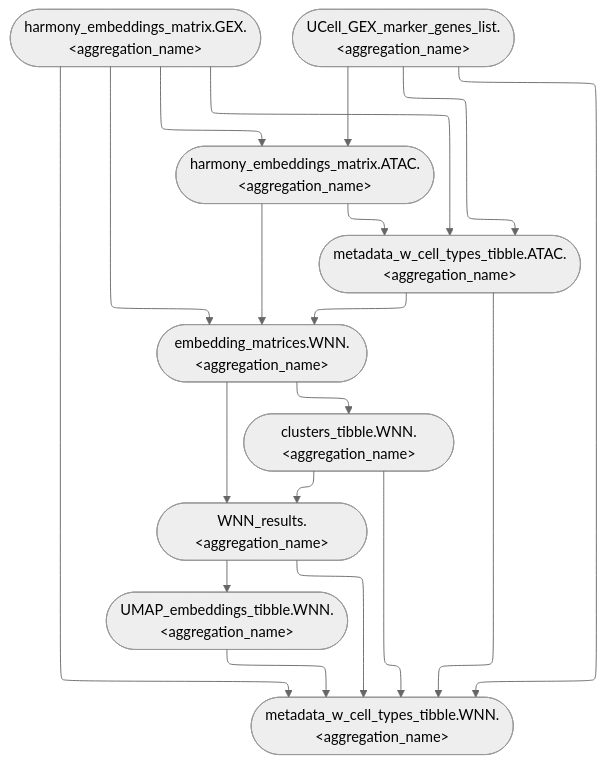
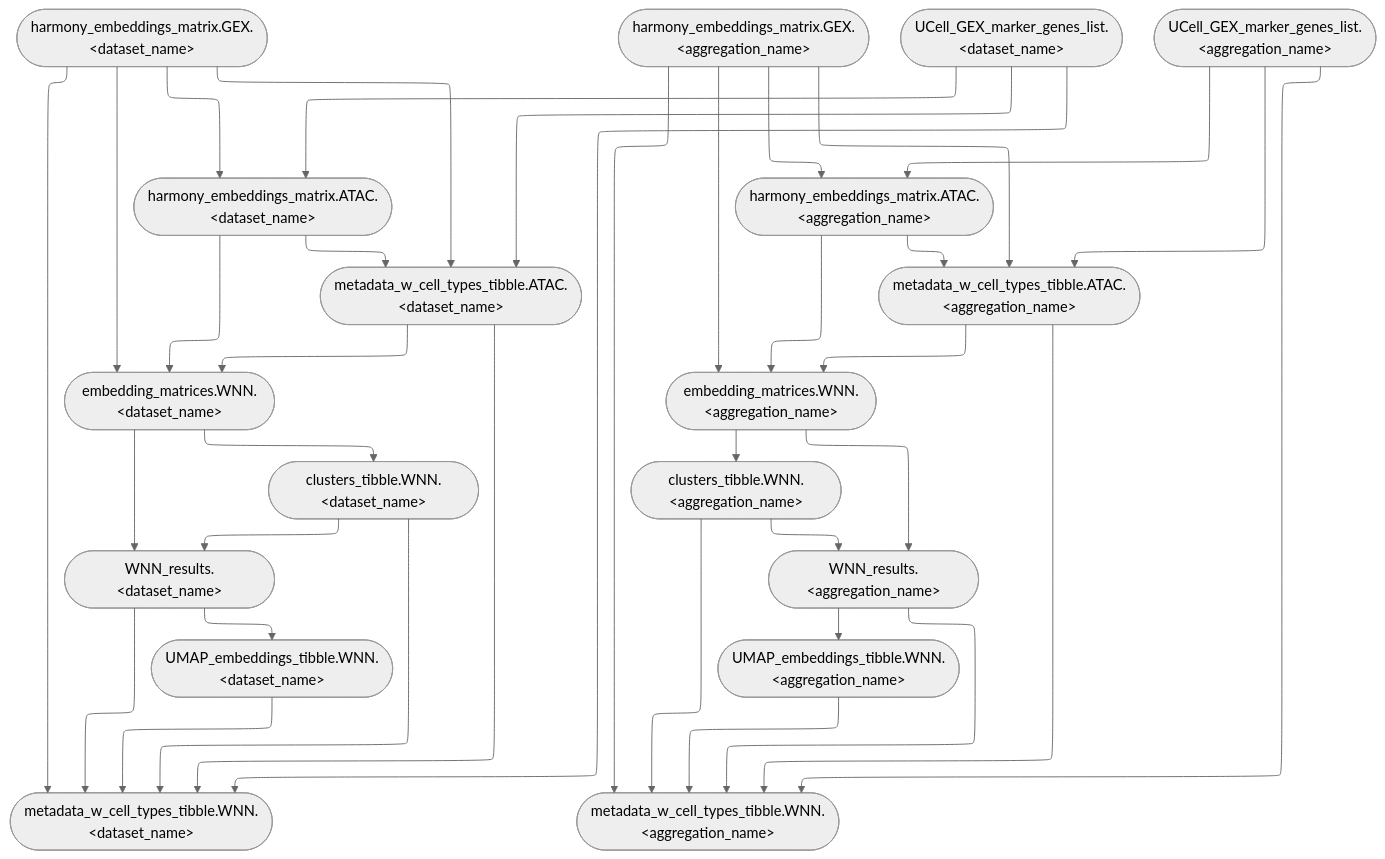
Before and after one commit to koefoeden/multiomeR: the diagram in website/figures/human_curated/WNN_v2.mmd, drawn with Mermaid (neutral theme). The commit also changed 32 other files, not shown here.

```diff
--- a/website/figures/human_curated/WNN_v2.mmd
+++ b/website/figures/human_curated/WNN_v2.mmd
@@ -1,20 +1,38 @@
 %%{init: {'flowchart': {'defaultRenderer': 'elk'}}}%%
 flowchart TB
-  metadata_w_cell_types_tibble.ATAC.brain_mouse(["metadata_w_cell_types_tibble.ATAC.&lt;aggregation_name&gt;"]):::none --> embedding_matrices.WNN.brain_mouse(["embedding_matrices.WNN.&lt;aggregation_name&gt;"]):::none
-  harmony_embeddings_matrix.GEX.brain_mouse(["harmony_embeddings_matrix.GEX.&lt;aggregation_name&gt;"]):::none --> embedding_matrices.WNN.brain_mouse(["embedding_matrices.WNN.&lt;aggregation_name&gt;"]):::none
-  harmony_embeddings_matrix.ATAC.brain_mouse(["harmony_embeddings_matrix.ATAC.&lt;aggregation_name&gt;"]):::none --> embedding_matrices.WNN.brain_mouse(["embedding_matrices.WNN.&lt;aggregation_name&gt;"]):::none
-  UCell_GEX_marker_genes_list.brain_mouse(["UCell_GEX_marker_genes_list.&lt;aggregation_name&gt;"]):::none --> metadata_w_cell_types_tibble.WNN.brain_mouse(["metadata_w_cell_types_tibble.WNN.&lt;aggregation_name&gt;"]):::none
-  WNN_results.brain_mouse(["WNN_results.&lt;aggregation_name&gt;"]):::none --> UMAP_embeddings_tibble.WNN.brain_mouse(["UMAP_embeddings_tibble.WNN.&lt;aggregation_name&gt;"]):::none
-  clusters_tibble.WNN.brain_mouse(["clusters_tibble.WNN.&lt;aggregation_name&gt;"]):::none --> WNN_results.brain_mouse(["WNN_results.&lt;aggregation_name&gt;"]):::none
-  embedding_matrices.WNN.brain_mouse(["embedding_matrices.WNN.&lt;aggregation_name&gt;"]):::none --> WNN_results.brain_mouse(["WNN_results.&lt;aggregation_name&gt;"]):::none
-  UCell_GEX_marker_genes_list.brain_mouse(["UCell_GEX_marker_genes_list.&lt;aggregation_name&gt;"]):::none --> harmony_embeddings_matrix.ATAC.brain_mouse(["harmony_embeddings_matrix.ATAC.&lt;aggregation_name&gt;"]):::none
-  harmony_embeddings_matrix.GEX.brain_mouse(["harmony_embeddings_matrix.GEX.&lt;aggregation_name&gt;"]):::none --> harmony_embeddings_matrix.ATAC.brain_mouse(["harmony_embeddings_matrix.ATAC.&lt;aggregation_name&gt;"]):::none
-  UCell_GEX_marker_genes_list.brain_mouse(["UCell_GEX_marker_genes_list.&lt;aggregation_name&gt;"]):::none --> metadata_w_cell_types_tibble.ATAC.brain_mouse(["metadata_w_cell_types_tibble.ATAC.&lt;aggregation_name&gt;"]):::none
-  harmony_embeddings_matrix.GEX.brain_mouse(["harmony_embeddings_matrix.GEX.&lt;aggregation_name&gt;"]):::none --> metadata_w_cell_types_tibble.ATAC.brain_mouse(["metadata_w_cell_types_tibble.ATAC.&lt;aggregation_name&gt;"]):::none
-  embedding_matrices.WNN.brain_mouse(["embedding_matrices.WNN.&lt;aggregation_name&gt;"]):::none --> clusters_tibble.WNN.brain_mouse(["clusters_tibble.WNN.&lt;aggregation_name&gt;"]):::none
-  harmony_embeddings_matrix.ATAC.brain_mouse(["harmony_embeddings_matrix.ATAC.&lt;aggregation_name&gt;"]):::none --> metadata_w_cell_types_tibble.ATAC.brain_mouse(["metadata_w_cell_types_tibble.ATAC.&lt;aggregation_name&gt;"]):::none
-  UMAP_embeddings_tibble.WNN.brain_mouse(["UMAP_embeddings_tibble.WNN.&lt;aggregation_name&gt;"]):::none --> metadata_w_cell_types_tibble.WNN.brain_mouse(["metadata_w_cell_types_tibble.WNN.&lt;aggregation_name&gt;"]):::none
-  clusters_tibble.WNN.brain_mouse(["clusters_tibble.WNN.&lt;aggregation_name&gt;"]):::none --> metadata_w_cell_types_tibble.WNN.brain_mouse(["metadata_w_cell_types_tibble.WNN.&lt;aggregation_name&gt;"]):::none
-  WNN_results.brain_mouse(["WNN_results.&lt;aggregation_name&gt;"]):::none --> metadata_w_cell_types_tibble.WNN.brain_mouse(["metadata_w_cell_types_tibble.WNN.&lt;aggregation_name&gt;"]):::none
-  metadata_w_cell_types_tibble.ATAC.brain_mouse(["metadata_w_cell_types_tibble.ATAC.&lt;aggregation_name&gt;"]):::none --> metadata_w_cell_types_tibble.WNN.brain_mouse(["metadata_w_cell_types_tibble.WNN.&lt;aggregation_name&gt;"]):::none
-  harmony_embeddings_matrix.GEX.brain_mouse(["harmony_embeddings_matrix.GEX.&lt;aggregation_name&gt;"]):::none --> metadata_w_cell_types_tibble.WNN.brain_mouse(["metadata_w_cell_types_tibble.WNN.&lt;aggregation_name&gt;"]):::none
+  harmony_embeddings_matrix.ATAC.muscle(["harmony_embeddings_matrix.ATAC.&lt;dataset_name&gt;"]):::none --> embedding_matrices.WNN.muscle(["embedding_matrices.WNN.&lt;dataset_name&gt;"]):::none
+  metadata_w_cell_types_tibble.ATAC.muscle(["metadata_w_cell_types_tibble.ATAC.&lt;dataset_name&gt;"]):::none --> embedding_matrices.WNN.muscle(["embedding_matrices.WNN.&lt;dataset_name&gt;"]):::none
+  harmony_embeddings_matrix.GEX.muscle(["harmony_embeddings_matrix.GEX.&lt;dataset_name&gt;"]):::none --> embedding_matrices.WNN.muscle(["embedding_matrices.WNN.&lt;dataset_name&gt;"]):::none
+  harmony_embeddings_matrix.GEX.muscle_test(["harmony_embeddings_matrix.GEX.&lt;aggregation_name&gt;"]):::none --> embedding_matrices.WNN.muscle_test(["embedding_matrices.WNN.&lt;aggregation_name&gt;"]):::none
+  harmony_embeddings_matrix.ATAC.muscle_test(["harmony_embeddings_matrix.ATAC.&lt;aggregation_name&gt;"]):::none --> embedding_matrices.WNN.muscle_test(["embedding_matrices.WNN.&lt;aggregation_name&gt;"]):::none
+  metadata_w_cell_types_tibble.ATAC.muscle_test(["metadata_w_cell_types_tibble.ATAC.&lt;aggregation_name&gt;"]):::none --> embedding_matrices.WNN.muscle_test(["embedding_matrices.WNN.&lt;aggregation_name&gt;"]):::none
+  UCell_GEX_marker_genes_list.muscle(["UCell_GEX_marker_genes_list.&lt;dataset_name&gt;"]):::none --> metadata_w_cell_types_tibble.WNN.muscle(["metadata_w_cell_types_tibble.WNN.&lt;dataset_name&gt;"]):::none
+  UCell_GEX_marker_genes_list.muscle_test(["UCell_GEX_marker_genes_list.&lt;aggregation_name&gt;"]):::none --> metadata_w_cell_types_tibble.WNN.muscle_test(["metadata_w_cell_types_tibble.WNN.&lt;aggregation_name&gt;"]):::none
+  WNN_results.muscle(["WNN_results.&lt;dataset_name&gt;"]):::none --> UMAP_embeddings_tibble.WNN.muscle(["UMAP_embeddings_tibble.WNN.&lt;dataset_name&gt;"]):::none
+  WNN_results.muscle_test(["WNN_results.&lt;aggregation_name&gt;"]):::none --> UMAP_embeddings_tibble.WNN.muscle_test(["UMAP_embeddings_tibble.WNN.&lt;aggregation_name&gt;"]):::none
+  clusters_tibble.WNN.muscle(["clusters_tibble.WNN.&lt;dataset_name&gt;"]):::none --> WNN_results.muscle(["WNN_results.&lt;dataset_name&gt;"]):::none
+  embedding_matrices.WNN.muscle(["embedding_matrices.WNN.&lt;dataset_name&gt;"]):::none --> WNN_results.muscle(["WNN_results.&lt;dataset_name&gt;"]):::none
+  embedding_matrices.WNN.muscle_test(["embedding_matrices.WNN.&lt;aggregation_name&gt;"]):::none --> WNN_results.muscle_test(["WNN_results.&lt;aggregation_name&gt;"]):::none
+  clusters_tibble.WNN.muscle_test(["clusters_tibble.WNN.&lt;aggregation_name&gt;"]):::none --> WNN_results.muscle_test(["WNN_results.&lt;aggregation_name&gt;"]):::none
+  UCell_GEX_marker_genes_list.muscle(["UCell_GEX_marker_genes_list.&lt;dataset_name&gt;"]):::none --> harmony_embeddings_matrix.ATAC.muscle(["harmony_embeddings_matrix.ATAC.&lt;dataset_name&gt;"]):::none
+  harmony_embeddings_matrix.GEX.muscle(["harmony_embeddings_matrix.GEX.&lt;dataset_name&gt;"]):::none --> harmony_embeddings_matrix.ATAC.muscle(["harmony_embeddings_matrix.ATAC.&lt;dataset_name&gt;"]):::none
+  UCell_GEX_marker_genes_list.muscle(["UCell_GEX_marker_genes_list.&lt;dataset_name&gt;"]):::none --> metadata_w_cell_types_tibble.ATAC.muscle(["metadata_w_cell_types_tibble.ATAC.&lt;dataset_name&gt;"]):::none
+  harmony_embeddings_matrix.GEX.muscle(["harmony_embeddings_matrix.GEX.&lt;dataset_name&gt;"]):::none --> metadata_w_cell_types_tibble.ATAC.muscle(["metadata_w_cell_types_tibble.ATAC.&lt;dataset_name&gt;"]):::none
+  UCell_GEX_marker_genes_list.muscle_test(["UCell_GEX_marker_genes_list.&lt;aggregation_name&gt;"]):::none --> harmony_embeddings_matrix.ATAC.muscle_test(["harmony_embeddings_matrix.ATAC.&lt;aggregation_name&gt;"]):::none
+  harmony_embeddings_matrix.GEX.muscle_test(["harmony_embeddings_matrix.GEX.&lt;aggregation_name&gt;"]):::none --> harmony_embeddings_matrix.ATAC.muscle_test(["harmony_embeddings_matrix.ATAC.&lt;aggregation_name&gt;"]):::none
+  UCell_GEX_marker_genes_list.muscle_test(["UCell_GEX_marker_genes_list.&lt;aggregation_name&gt;"]):::none --> metadata_w_cell_types_tibble.ATAC.muscle_test(["metadata_w_cell_types_tibble.ATAC.&lt;aggregation_name&gt;"]):::none
+  harmony_embeddings_matrix.GEX.muscle_test(["harmony_embeddings_matrix.GEX.&lt;aggregation_name&gt;"]):::none --> metadata_w_cell_types_tibble.ATAC.muscle_test(["metadata_w_cell_types_tibble.ATAC.&lt;aggregation_name&gt;"]):::none
+  embedding_matrices.WNN.muscle(["embedding_matrices.WNN.&lt;dataset_name&gt;"]):::none --> clusters_tibble.WNN.muscle(["clusters_tibble.WNN.&lt;dataset_name&gt;"]):::none
+  embedding_matrices.WNN.muscle_test(["embedding_matrices.WNN.&lt;aggregation_name&gt;"]):::none --> clusters_tibble.WNN.muscle_test(["clusters_tibble.WNN.&lt;aggregation_name&gt;"]):::none
+  harmony_embeddings_matrix.ATAC.muscle(["harmony_embeddings_matrix.ATAC.&lt;dataset_name&gt;"]):::none --> metadata_w_cell_types_tibble.ATAC.muscle(["metadata_w_cell_types_tibble.ATAC.&lt;dataset_name&gt;"]):::none
+  harmony_embeddings_matrix.ATAC.muscle_test(["harmony_embeddings_matrix.ATAC.&lt;aggregation_name&gt;"]):::none --> metadata_w_cell_types_tibble.ATAC.muscle_test(["metadata_w_cell_types_tibble.ATAC.&lt;aggregation_name&gt;"]):::none
+  metadata_w_cell_types_tibble.ATAC.muscle(["metadata_w_cell_types_tibble.ATAC.&lt;dataset_name&gt;"]):::none --> metadata_w_cell_types_tibble.WNN.muscle(["metadata_w_cell_types_tibble.WNN.&lt;dataset_name&gt;"]):::none
+  WNN_results.muscle(["WNN_results.&lt;dataset_name&gt;"]):::none --> metadata_w_cell_types_tibble.WNN.muscle(["metadata_w_cell_types_tibble.WNN.&lt;dataset_name&gt;"]):::none
+  UMAP_embeddings_tibble.WNN.muscle(["UMAP_embeddings_tibble.WNN.&lt;dataset_name&gt;"]):::none --> metadata_w_cell_types_tibble.WNN.muscle(["metadata_w_cell_types_tibble.WNN.&lt;dataset_name&gt;"]):::none
+  clusters_tibble.WNN.muscle(["clusters_tibble.WNN.&lt;dataset_name&gt;"]):::none --> metadata_w_cell_types_tibble.WNN.muscle(["metadata_w_cell_types_tibble.WNN.&lt;dataset_name&gt;"]):::none
+  harmony_embeddings_matrix.GEX.muscle(["harmony_embeddings_matrix.GEX.&lt;dataset_name&gt;"]):::none --> metadata_w_cell_types_tibble.WNN.muscle(["metadata_w_cell_types_tibble.WNN.&lt;dataset_name&gt;"]):::none
+  UMAP_embeddings_tibble.WNN.muscle_test(["UMAP_embeddings_tibble.WNN.&lt;aggregation_name&gt;"]):::none --> metadata_w_cell_types_tibble.WNN.muscle_test(["metadata_w_cell_types_tibble.WNN.&lt;aggregation_name&gt;"]):::none
+  WNN_results.muscle_test(["WNN_results.&lt;aggregation_name&gt;"]):::none --> metadata_w_cell_types_tibble.WNN.muscle_test(["metadata_w_cell_types_tibble.WNN.&lt;aggregation_name&gt;"]):::none
+  clusters_tibble.WNN.muscle_test(["clusters_tibble.WNN.&lt;aggregation_name&gt;"]):::none --> metadata_w_cell_types_tibble.WNN.muscle_test(["metadata_w_cell_types_tibble.WNN.&lt;aggregation_name&gt;"]):::none
+  metadata_w_cell_types_tibble.ATAC.muscle_test(["metadata_w_cell_types_tibble.ATAC.&lt;aggregation_name&gt;"]):::none --> metadata_w_cell_types_tibble.WNN.muscle_test(["metadata_w_cell_types_tibble.WNN.&lt;aggregation_name&gt;"]):::none
+  harmony_embeddings_matrix.GEX.muscle_test(["harmony_embeddings_matrix.GEX.&lt;aggregation_name&gt;"]):::none --> metadata_w_cell_types_tibble.WNN.muscle_test(["metadata_w_cell_types_tibble.WNN.&lt;aggregation_name&gt;"]):::none
```
